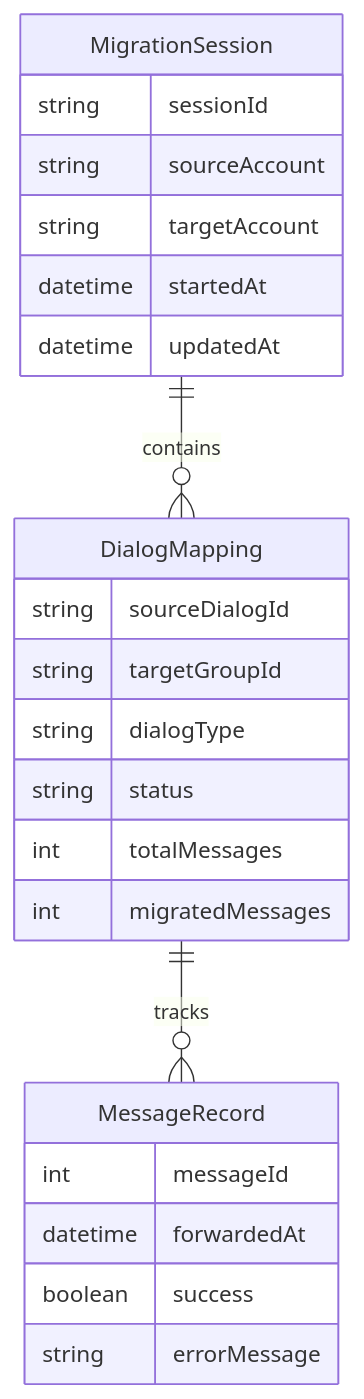
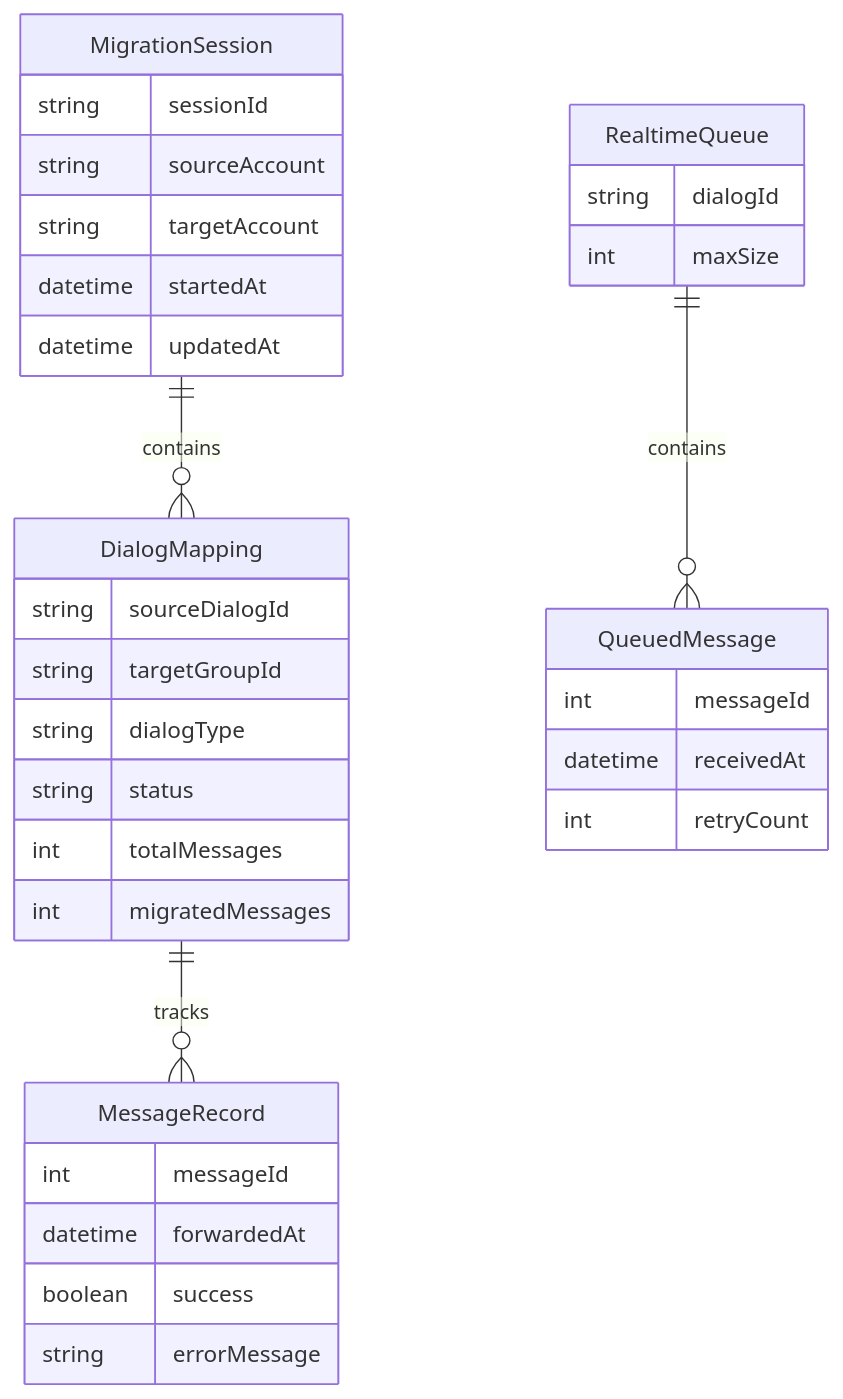
One commit to osmanthustonx/telegram-message-migration changed the fifth of 6 diagrams in .kiro/specs/telegram-message-migration/design.md. Above: the diagram before and after it, drawn with Mermaid. The commit also changed other lines of this file and 3 other files, not shown here.

````diff
--- a/.kiro/specs/telegram-message-migration/design.md
+++ b/.kiro/specs/telegram-message-migration/design.md
@@ -941,28 +1320,40 @@
 ```mermaid
 erDiagram
     MigrationSession ||--o{ DialogMapping : contains
     MigrationSession {
         string sessionId
         string sourceAccount
         string targetAccount
         datetime startedAt
         datetime updatedAt
     }
 
     DialogMapping ||--o{ MessageRecord : tracks
     DialogMapping {
         string sourceDialogId
         string targetGroupId
         string dialogType
         string status
         int totalMessages
         int migratedMessages
     }
 
     MessageRecord {
         int messageId
         datetime forwardedAt
         boolean success
         string errorMessage
     }
+
+    RealtimeQueue ||--o{ QueuedMessage : contains
+    RealtimeQueue {
+        string dialogId
+        int maxSize
+    }
+
+    QueuedMessage {
+        int messageId
+        datetime receivedAt
+        int retryCount
+    }
 ```
````
